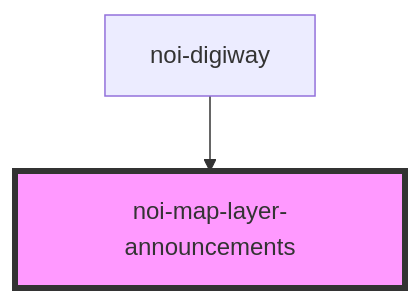
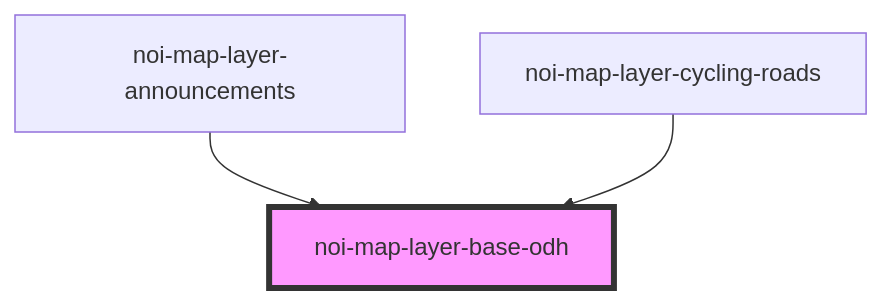
The diagram in src/blocks/map-layer-base-odh/readme.md (MaxXx1313/webcomp-digiway), drawn with Mermaid before and after one commit. The commit also changed other lines of this file and 12 other files, not shown here.

````diff
--- a/src/blocks/map-layer-base-odh/readme.md
+++ b/src/blocks/map-layer-base-odh/readme.md
@@ -31,5 +40,6 @@
 ```mermaid
 graph TD;
-  noi-digiway --> noi-map-layer-announcements
-  style noi-map-layer-announcements fill:#f9f,stroke:#333,stroke-width:4px
+  noi-map-layer-announcements --> noi-map-layer-base-odh
+  noi-map-layer-cycling-roads --> noi-map-layer-base-odh
+  style noi-map-layer-base-odh fill:#f9f,stroke:#333,stroke-width:4px
 ```
````
